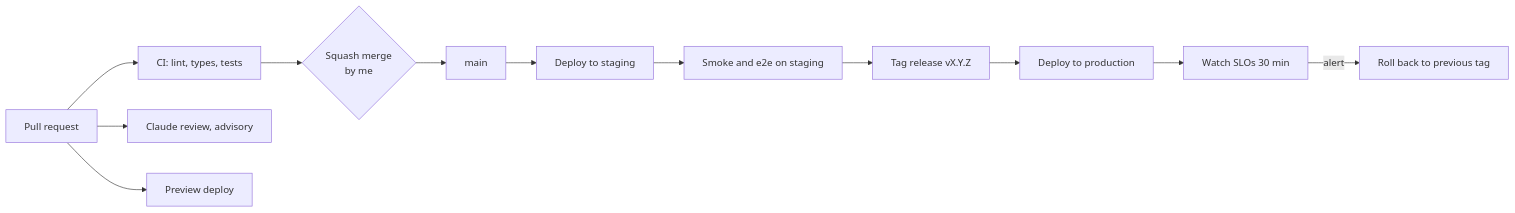
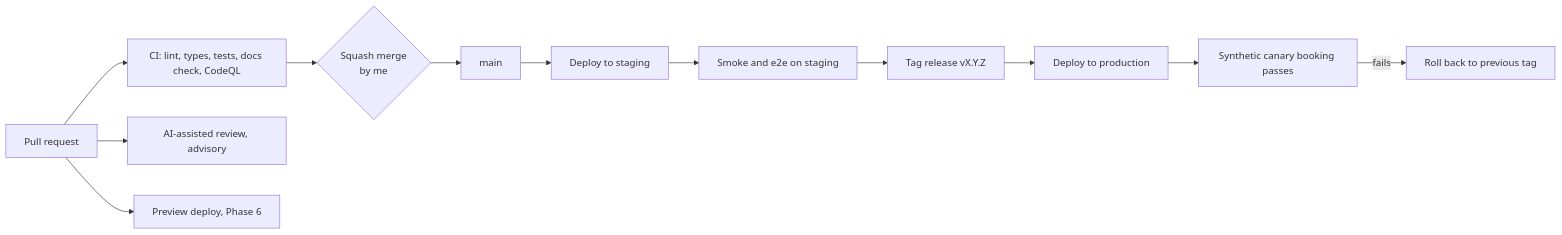
The diagram in docs/sad/18-deployment-and-operations.md (Jannisar01/hitchpost), drawn with Mermaid before and after one commit. The commit also changed other lines of this file and 23 other files, not shown here.

````diff
--- a/docs/sad/18-deployment-and-operations.md
+++ b/docs/sad/18-deployment-and-operations.md
@@ -45,14 +48,14 @@
 ```mermaid
 flowchart LR
-    PR[Pull request] --> CI[CI: lint, types, tests]
-    PR --> Rev[Claude review, advisory]
-    PR --> Prev[Preview deploy]
+    PR[Pull request] --> CI[CI: lint, types, tests, docs check, CodeQL]
+    PR --> Rev[AI-assisted review, advisory]
+    PR --> Prev[Preview deploy, Phase 6]
     CI --> Merge{Squash merge<br/>by me}
     Merge --> Main[main]
     Main --> Stg[Deploy to staging]
     Stg --> Smoke[Smoke and e2e on staging]
     Smoke --> Tag[Tag release vX.Y.Z]
     Tag --> Prod[Deploy to production]
-    Prod --> Watch[Watch SLOs 30 min]
-    Watch -->|alert| Roll[Roll back to previous tag]
+    Prod --> Canary[Synthetic canary booking passes]
+    Canary -->|fails| Roll[Roll back to previous tag]
 ```
````
